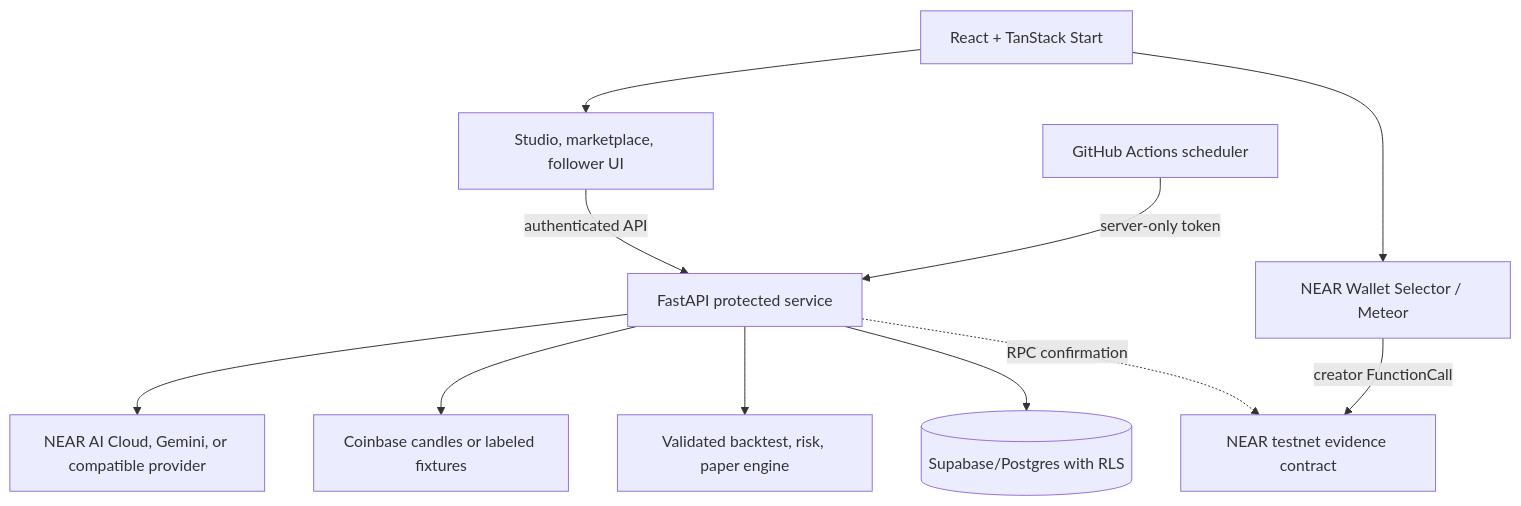
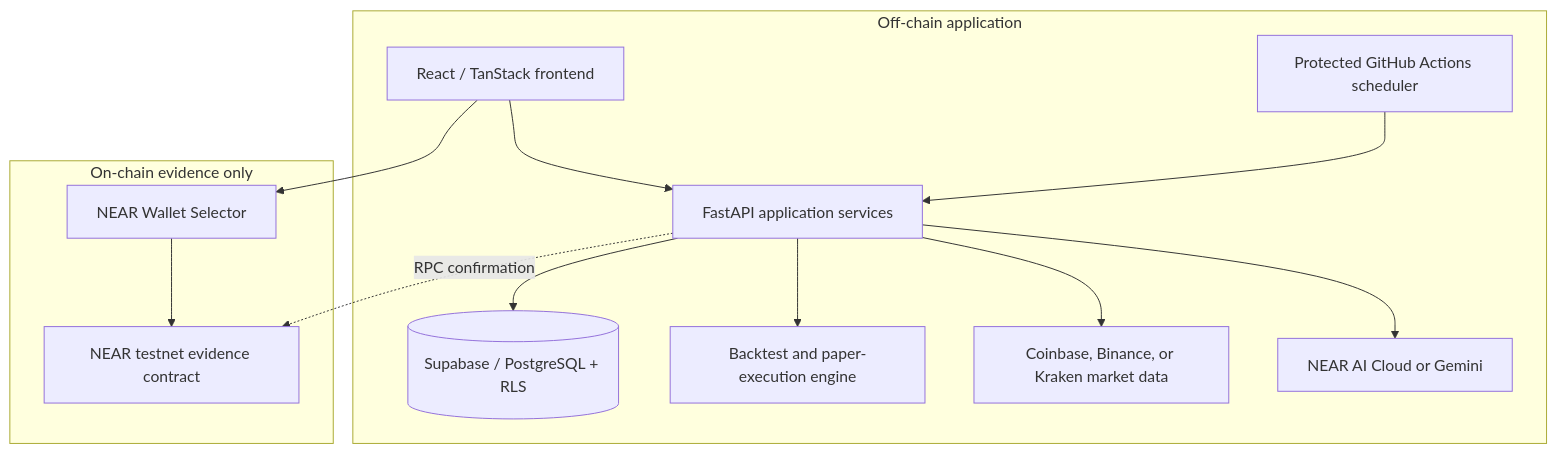
One commit to Kunmiesther/quorumark changed the second of 2 diagrams in README.md. Above: the diagram before and after it, drawn with Mermaid. The commit also changed other lines of this file and 11 other files, not shown here.

````diff
--- a/README.md
+++ b/README.md
@@ -111,23 +414,25 @@
 ```mermaid
 flowchart TB
-  Browser[React + TanStack Start]
-  UI[Studio, marketplace, follower UI]
-  Wallet[NEAR Wallet Selector / Meteor]
-  API[FastAPI protected service]
-  AI[NEAR AI Cloud, Gemini, or compatible provider]
-  Data[Coinbase candles or labeled fixtures]
-  Engine[Validated backtest, risk, paper engine]
-  DB[(Supabase/Postgres with RLS)]
-  Scheduler[GitHub Actions scheduler]
-  Contract[NEAR testnet evidence contract]
-  Browser --> UI
-  UI -->|authenticated API| API
-  Browser --> Wallet
-  Wallet -->|creator FunctionCall| Contract
-  API --> AI
-  API --> Data
-  API --> Engine
-  API --> DB
-  Scheduler -->|server-only token| API
-  API -.->|RPC confirmation| Contract
+  Frontend[React / TanStack frontend] --> Services[FastAPI application services]
+  Services --> AI[NEAR AI Cloud or Gemini]
+  Services --> Data[Coinbase, Binance, or Kraken market data]
+  Services --> Engine[Backtest and paper-execution engine]
+  Services --> Database[(Supabase / PostgreSQL + RLS)]
+  Frontend --> Wallet[NEAR Wallet Selector]
+  Wallet --> Contract[NEAR testnet evidence contract]
+  Services -. RPC confirmation .-> Contract
+  Scheduler[Protected GitHub Actions scheduler] --> Services
+  subgraph OffChain[Off-chain application]
+    Frontend
+    Services
+    AI
+    Data
+    Engine
+    Database
+    Scheduler
+  end
+  subgraph OnChain[On-chain evidence only]
+    Wallet
+    Contract
+  end
 ```
````
